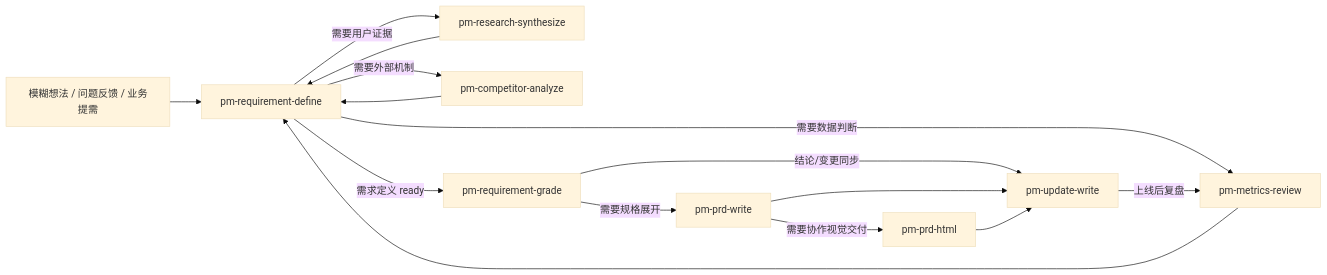
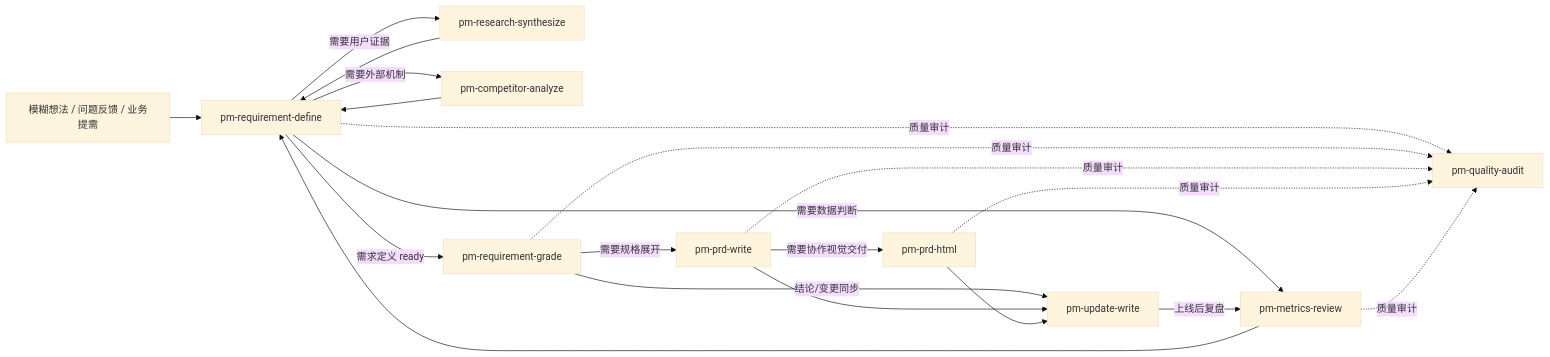
Before and after one commit to olga0107/pm-workflow-skills: the diagram in WORKFLOW_GUIDE.md, drawn with Mermaid (base theme). The commit also changed other lines of this file and 26 other files, not shown here.

Commit message:
feat: add workflow quality audit gate

````diff
--- a/WORKFLOW_GUIDE.md
+++ b/WORKFLOW_GUIDE.md
@@ -7,17 +7,22 @@
 ```mermaid
 flowchart LR
   A["模糊想法 / 问题反馈 / 业务提需"] --> D["pm-requirement-define"]
   D -- "需要用户证据" --> R["pm-research-synthesize"]
   D -- "需要外部机制" --> C["pm-competitor-analyze"]
   D -- "需要数据判断" --> M["pm-metrics-review"]
   R --> D
   C --> D
   M --> D
   D -- "需求定义 ready" --> G["pm-requirement-grade"]
   G -- "需要规格展开" --> P["pm-prd-write"]
   P -- "需要协作视觉交付" --> H["pm-prd-html"]
   G -- "结论/变更同步" --> U["pm-update-write"]
   P --> U
   H --> U
   U -- "上线后复盘" --> M
+  D -. "质量审计" .-> Q["pm-quality-audit"]
+  G -. "质量审计" .-> Q
+  P -. "质量审计" .-> Q
+  H -. "质量审计" .-> Q
+  M -. "质量审计" .-> Q
 ```
````
